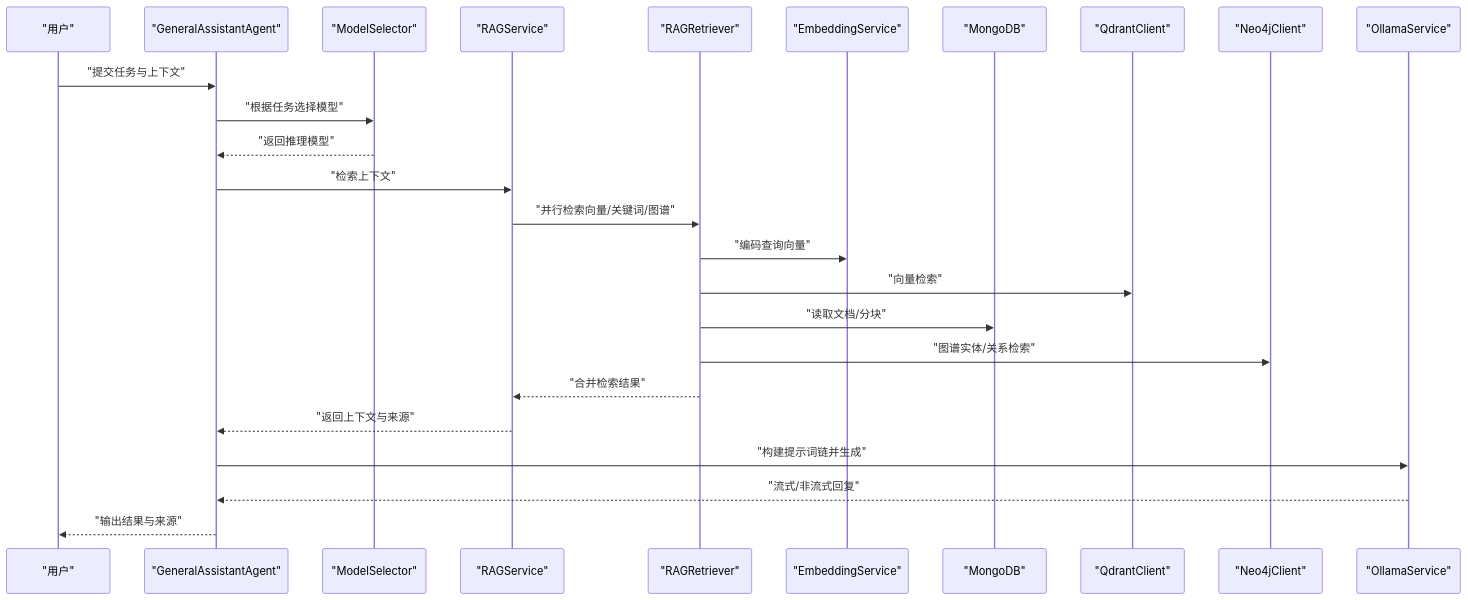
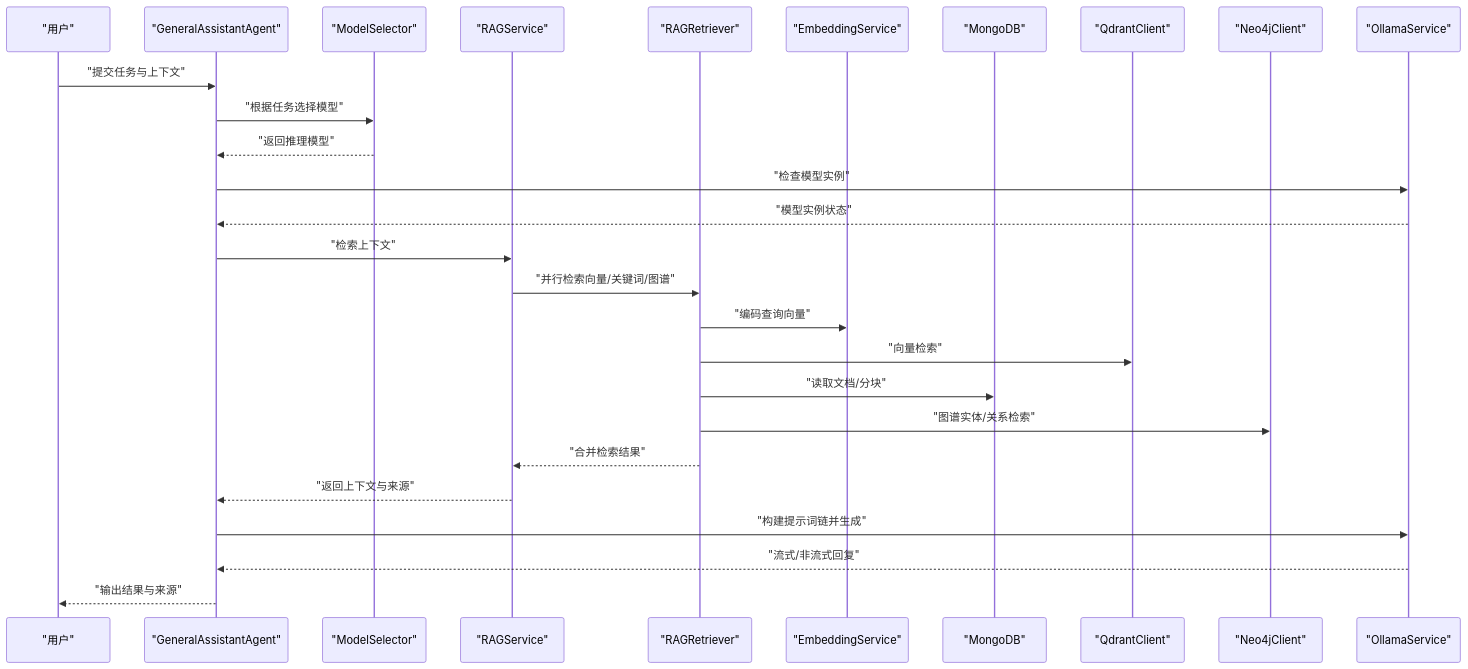
One commit to iammm0/advanced-rag changed the second of 5 diagrams in .qoder/repowiki/zh/content/核心功能模块/AI代理系统/通用助理代理.md. Above: the diagram before and after it, drawn with Mermaid. The commit also changed other lines of this file and 12 other files, not shown here.

````diff
--- a/.qoder/repowiki/zh/content/核心功能模块/AI代理系统/通用助理代理.md
+++ b/.qoder/repowiki/zh/content/核心功能模块/AI代理系统/通用助理代理.md
@@ -156,27 +137,29 @@
 ```mermaid
 sequenceDiagram
 participant U as "用户"
 participant GA as "GeneralAssistantAgent"
 participant MS as "ModelSelector"
 participant RS as "RAGService"
 participant RR as "RAGRetriever"
 participant ES as "EmbeddingService"
 participant MC as "MongoDB"
 participant QC as "QdrantClient"
 participant NC as "Neo4jClient"
 participant OS as "OllamaService"
 U->>GA : "提交任务与上下文"
 GA->>MS : "根据任务选择模型"
 MS-->>GA : "返回推理模型"
+GA->>OS : "检查模型实例"
+OS-->>GA : "模型实例状态"
 GA->>RS : "检索上下文"
 RS->>RR : "并行检索向量/关键词/图谱"
 RR->>ES : "编码查询向量"
 RR->>QC : "向量检索"
 RR->>MC : "读取文档/分块"
 RR->>NC : "图谱实体/关系检索"
 RR-->>RS : "合并检索结果"
 RS-->>GA : "返回上下文与来源"
 GA->>OS : "构建提示词链并生成"
 OS-->>GA : "流式/非流式回复"
 GA-->>U : "输出结果与来源"
 ```
````
